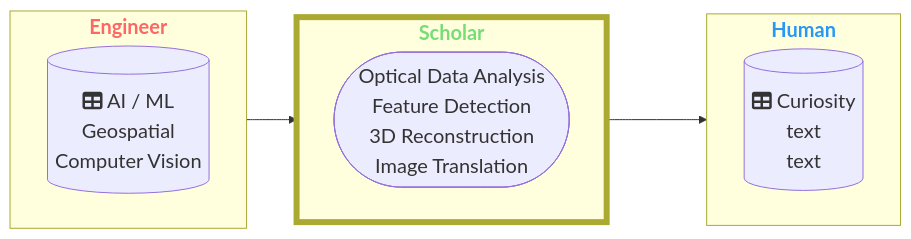
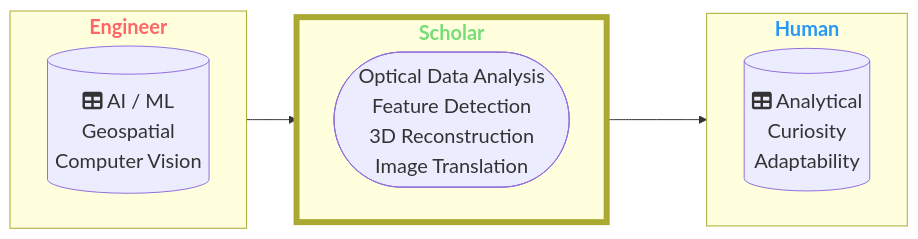
The first of 2 diagrams in README.md (DippoldEJ/DippoldEJ), drawn with Mermaid before and after one commit.

````diff
--- a/README.md
+++ b/README.md
@@ -3,33 +3,33 @@
 ```mermaid
 flowchart LR;
 %%{init: {
 	'themeVariables': { 'fontSize': '20px', 'fontFamily': 'Didot'}
 	}
 }%%
 
 subgraph n["`**Engineer**`"]
 direction LR;
         b[(fa:fa-table AI / ML <br> Geospatial <br> Computer Vision)]
     end
 
 subgraph o["`**Scholar**`"]
 direction LR;
         j([Optical Data Analysis <br> Feature Detection <br> 3D Reconstruction <br> Image Translation])
 
     end
 
  subgraph p["`**Human**`"]
   direction LR;
-    a[(fa:fa-table Curiosity <br> text <br> text)]
+    a[(fa:fa-table Analytical <br> Curiosity <br> Adaptability)]
     end
 
 style n color:#f66
 style o stroke-width:6px
 style o color:#77DD77
 style p color:#2798F5
 
 
 n-->o
 o-->p
 
 ```
````
